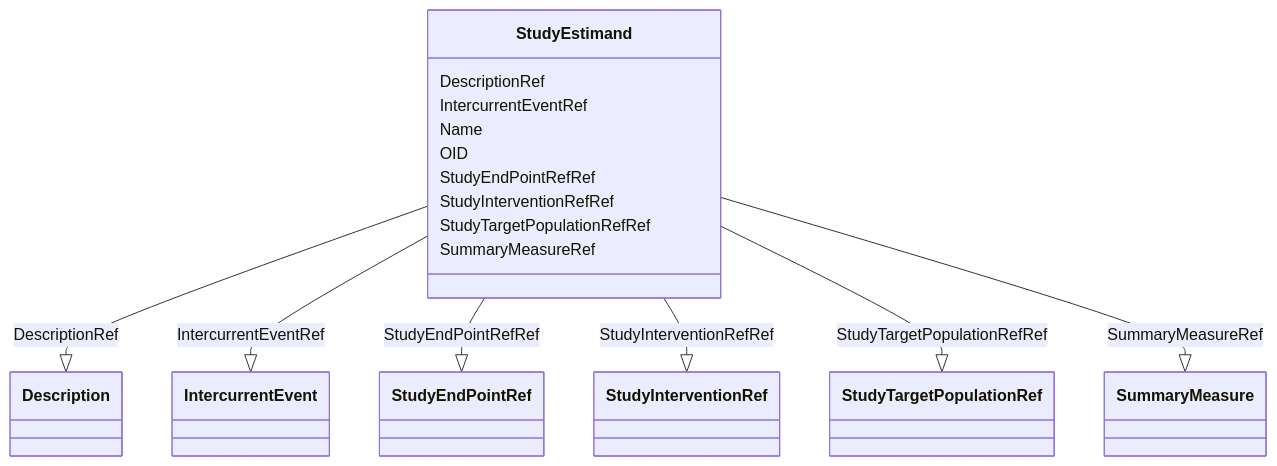
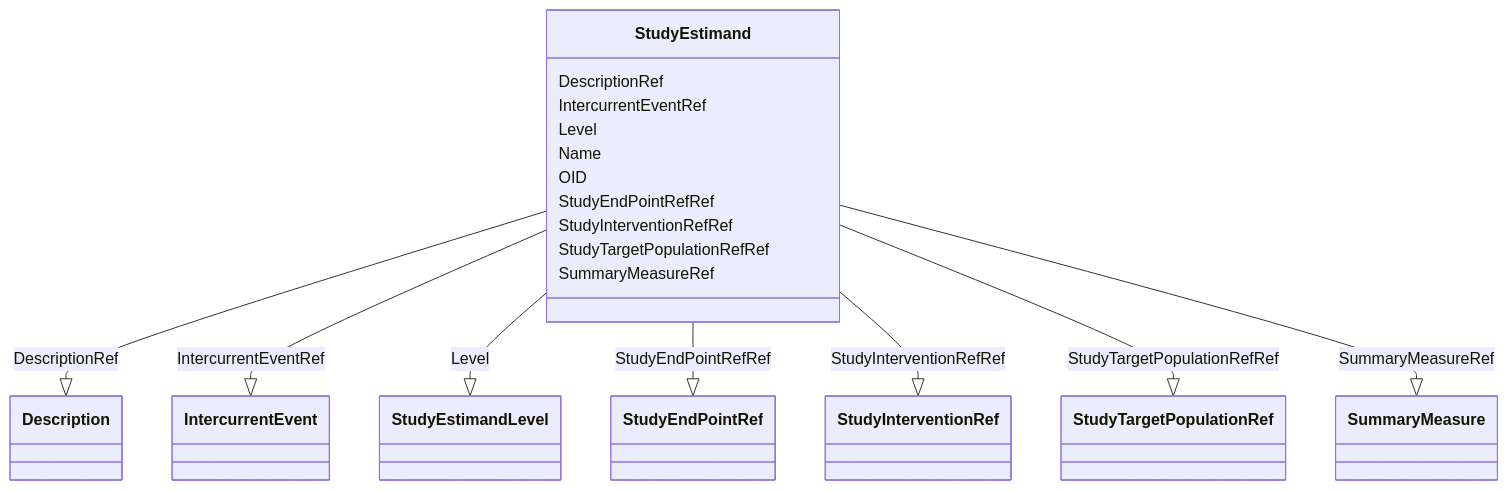
One commit to cdisc-org/DataExchange-ODM-LinkML changed the diagram in docs/StudyEstimand.md. Above: the diagram before and after it, drawn with Mermaid. The commit also changed other lines of this file and 555 other files, not shown here.

````diff
--- a/docs/StudyEstimand.md
+++ b/docs/StudyEstimand.md
@@ -9,33 +14,37 @@
 ```mermaid
  classDiagram
     class StudyEstimand
       StudyEstimand : DescriptionRef
         
           StudyEstimand --|> Description : DescriptionRef
         
       StudyEstimand : IntercurrentEventRef
         
           StudyEstimand --|> IntercurrentEvent : IntercurrentEventRef
+        
+      StudyEstimand : Level
+        
+          StudyEstimand --|> StudyEstimandLevel : Level
         
       StudyEstimand : Name
         
       StudyEstimand : OID
         
       StudyEstimand : StudyEndPointRefRef
         
           StudyEstimand --|> StudyEndPointRef : StudyEndPointRefRef
         
       StudyEstimand : StudyInterventionRefRef
         
           StudyEstimand --|> StudyInterventionRef : StudyInterventionRefRef
         
       StudyEstimand : StudyTargetPopulationRefRef
         
           StudyEstimand --|> StudyTargetPopulationRef : StudyTargetPopulationRefRef
         
       StudyEstimand : SummaryMeasureRef
         
           StudyEstimand --|> SummaryMeasure : SummaryMeasureRef
         
       
 ```
````
